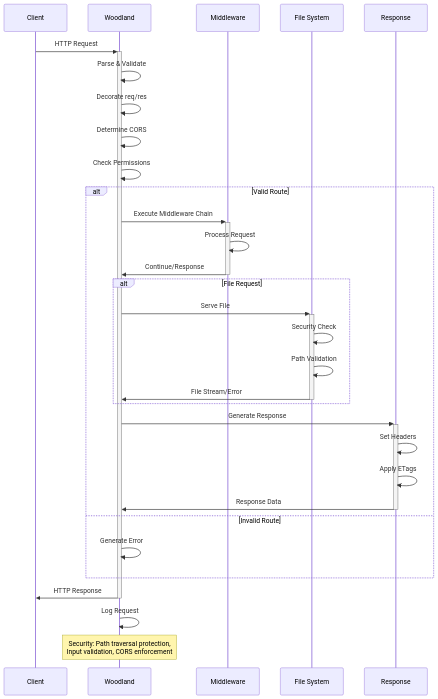
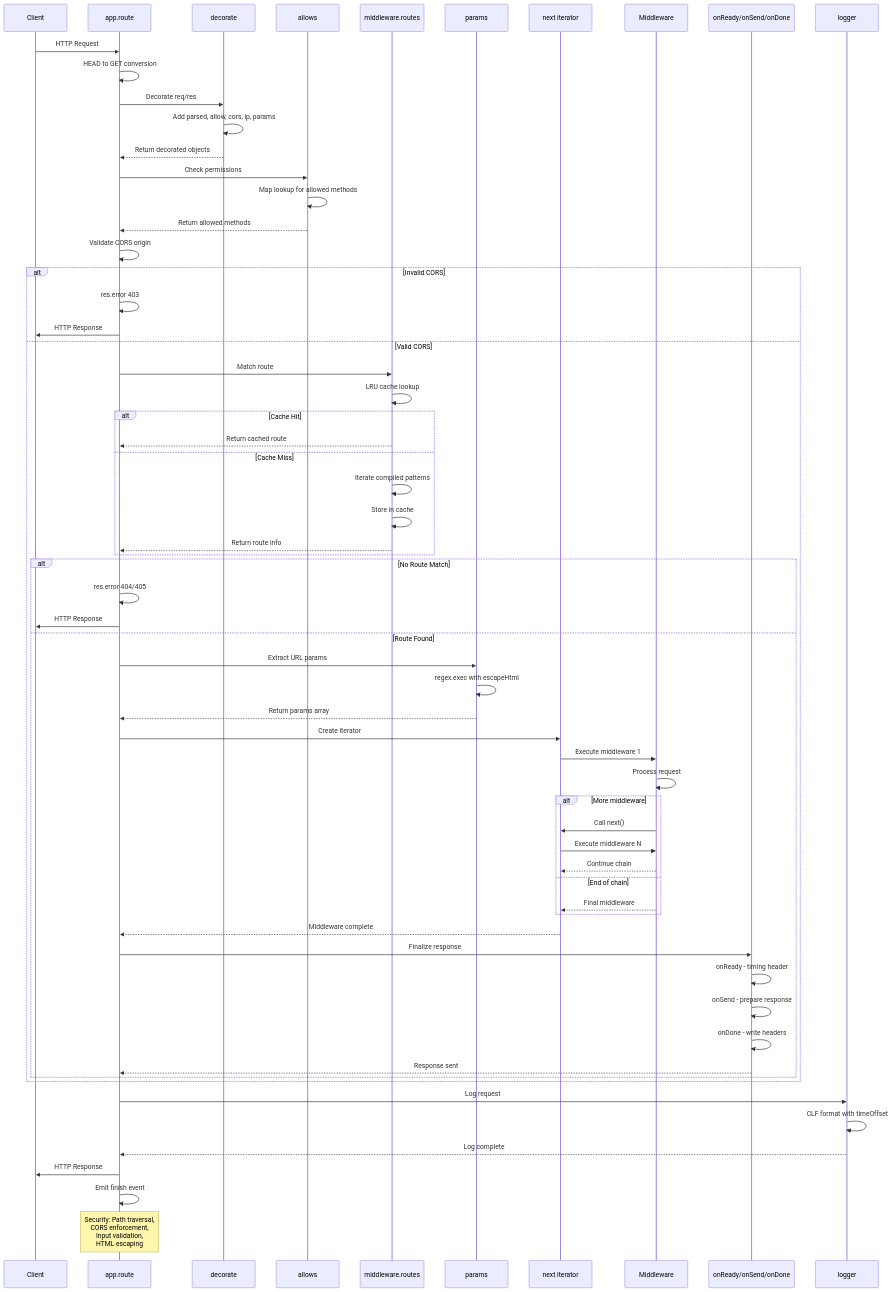
One commit to avoidwork/woodland changed the second of 9 diagrams in docs/TECHNICAL_DOCUMENTATION.md. Above: the diagram before and after it, drawn with Mermaid. The commit also changed other lines of this file and 74 other files, not shown here.

````diff
--- a/docs/TECHNICAL_DOCUMENTATION.md
+++ b/docs/TECHNICAL_DOCUMENTATION.md
@@ -101,39 +137,68 @@
 ```mermaid
 sequenceDiagram
-    participant C as Client
-    participant W as Woodland
-    participant M as Middleware
-    participant F as File System
-    participant R as Response
-    
-    C->>+W: HTTP Request
-    W->>W: Parse & Validate
-    W->>W: Decorate req/res
-    W->>W: Determine CORS
-    W->>W: Check Permissions
-    
-    alt Valid Route
-        W->>+M: Execute Middleware Chain
-        M->>M: Process Request
-        M->>-W: Continue/Response
-        
-        alt File Request
-            W->>+F: Serve File
-            F->>F: Security Check
-            F->>F: Path Validation
-            F->>-W: File Stream/Error
+    participant Client
+    participant Route as app.route
+    participant Decorate as decorate
+    participant Allows as allows
+    participant Routes as middleware.routes
+    participant Params as params
+    participant Next as next iterator
+    participant Middleware
+    participant Response as onReady/onSend/onDone
+    participant Logger as logger
+
+    Client->>Route: HTTP Request
+    Route->>Route: HEAD to GET conversion
+    Route->>Decorate: Decorate req/res
+    Decorate->>Decorate: Add parsed, allow, cors, ip, params
+    Decorate-->>Route: Return decorated objects
+    Route->>Allows: Check permissions
+    Allows->>Allows: Map lookup for allowed methods
+    Allows-->>Route: Return allowed methods
+    Route->>Route: Validate CORS origin
+    alt Invalid CORS
+        Route->>Route: res.error 403
+        Route->>Client: HTTP Response
+    else Valid CORS
+        Route->>Routes: Match route
+        Routes->>Routes: LRU cache lookup
+        alt Cache Hit
+            Routes-->>Route: Return cached route
+        else Cache Miss
+            Routes->>Routes: Iterate compiled patterns
+            Routes->>Routes: Store in cache
+            Routes-->>Route: Return route info
         end
-        
-        W->>+R: Generate Response
-        R->>R: Set Headers
-        R->>R: Apply ETags
-        R->>-W: Response Data
-    else Invalid Route
-        W->>W: Generate Error
+        alt No Route Match
+            Route->>Route: res.error 404/405
+            Route->>Client: HTTP Response
+        else Route Found
+            Route->>Params: Extract URL params
+            Params->>Params: regex.exec with escapeHtml
+            Params-->>Route: Return params array
+            Route->>Next: Create iterator
+            Next->>Middleware: Execute middleware 1
+            Middleware->>Middleware: Process request
+            alt More middleware
+                Middleware->>Next: Call next()
+                Next->>Middleware: Execute middleware N
+                Middleware-->>Next: Continue chain
+            else End of chain
+                Middleware-->>Next: Final middleware
+            end
+            Next-->>Route: Middleware complete
+            Route->>Response: Finalize response
+            Response->>Response: onReady - timing header
+            Response->>Response: onSend - prepare response
+            Response->>Response: onDone - write headers
+            Response-->>Route: Response sent
+        end
     end
-    
-    W->>-C: HTTP Response
-    W->>W: Log Request
-    
-    Note over W: Security: Path traversal protection,<br/>Input validation, CORS enforcement
+    Route->>Logger: Log request
+    Logger->>Logger: CLF format with timeOffset
+    Logger-->>Route: Log complete
+    Route->>Client: HTTP Response
+    Route->>Route: Emit finish event
+
+    Note over Route: Security: Path traversal,<br/>CORS enforcement,<br/>Input validation,<br/>HTML escaping
 ```
````
